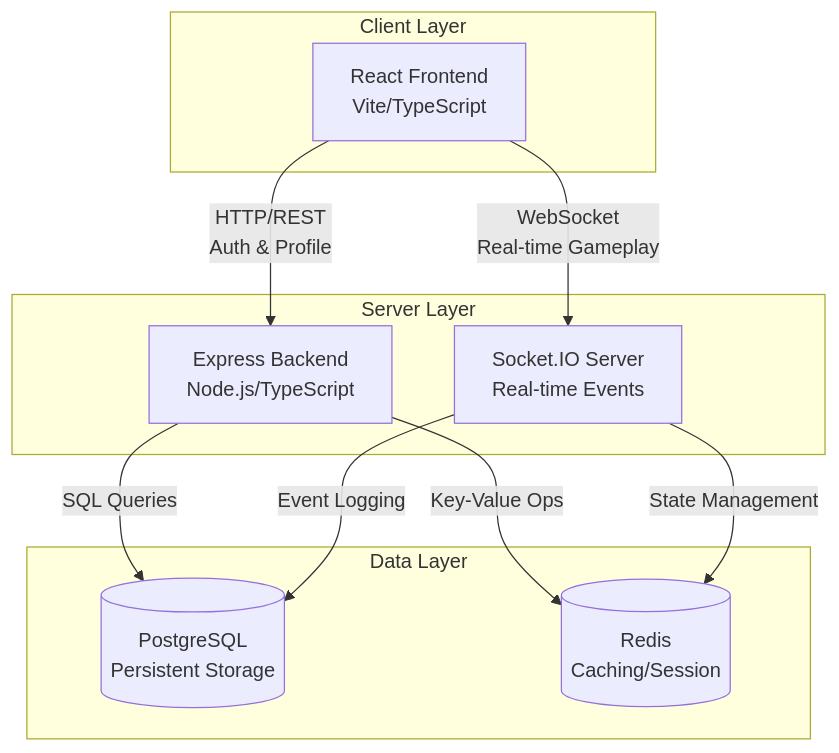
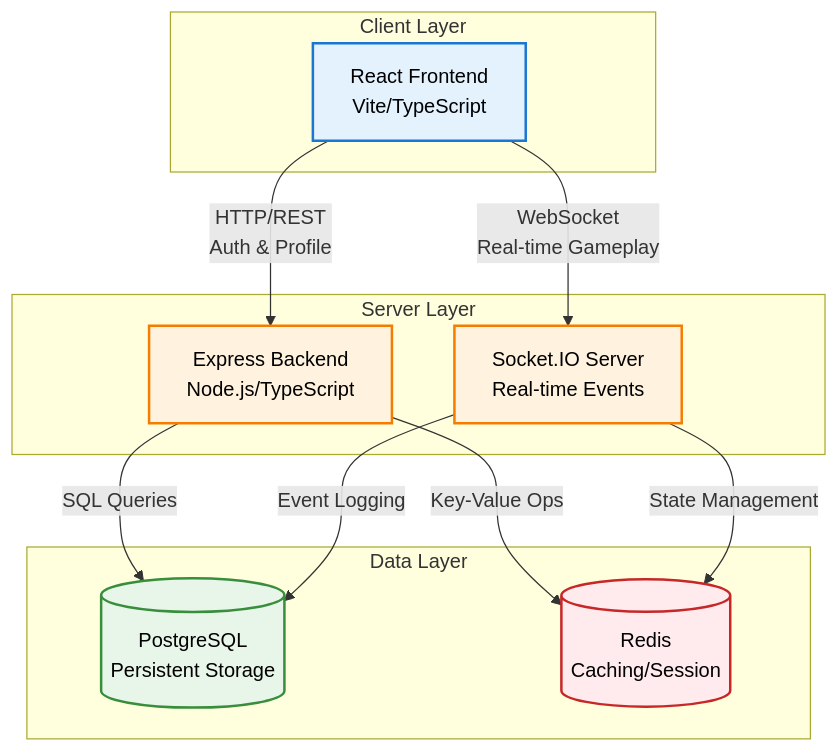
One commit to hamza-berahma/set-game changed the diagram in README.md. Above: the diagram before and after it, drawn with Mermaid. The commit also changed 7 other files, not shown here.

````diff
--- a/README.md
+++ b/README.md
@@ -98,25 +98,35 @@
 ```mermaid
 graph TD
     subgraph Client_Layer[Client Layer]
         Frontend[React Frontend<br/>Vite/TypeScript]
     end
     
     subgraph Server_Layer[Server Layer]
         Backend[Express Backend<br/>Node.js/TypeScript]
         SocketIO[Socket.IO Server<br/>Real-time Events]
     end
     
     subgraph Data_Layer[Data Layer]
         Postgres[(PostgreSQL<br/>Persistent Storage)]
         Redis[(Redis<br/>Caching/Session)]
     end
     
     Frontend -->|HTTP/REST<br/>Auth & Profile| Backend
     Frontend -->|WebSocket<br/>Real-time Gameplay| SocketIO
     
     Backend -->|SQL Queries| Postgres
     Backend -->|Key-Value Ops| Redis
     
     SocketIO -->|State Management| Redis
     SocketIO -->|Event Logging| Postgres
+    
+    classDef frontend fill:#E3F2FD,stroke:#1976D2,stroke-width:2px,color:#000
+    classDef backend fill:#FFF3E0,stroke:#F57C00,stroke-width:2px,color:#000
+    classDef database fill:#E8F5E9,stroke:#388E3C,stroke-width:2px,color:#000
+    classDef redis fill:#FFEBEE,stroke:#C62828,stroke-width:2px,color:#000
+    
+    class Frontend frontend
+    class Backend,SocketIO backend
+    class Postgres database
+    class Redis redis
 ```
````
